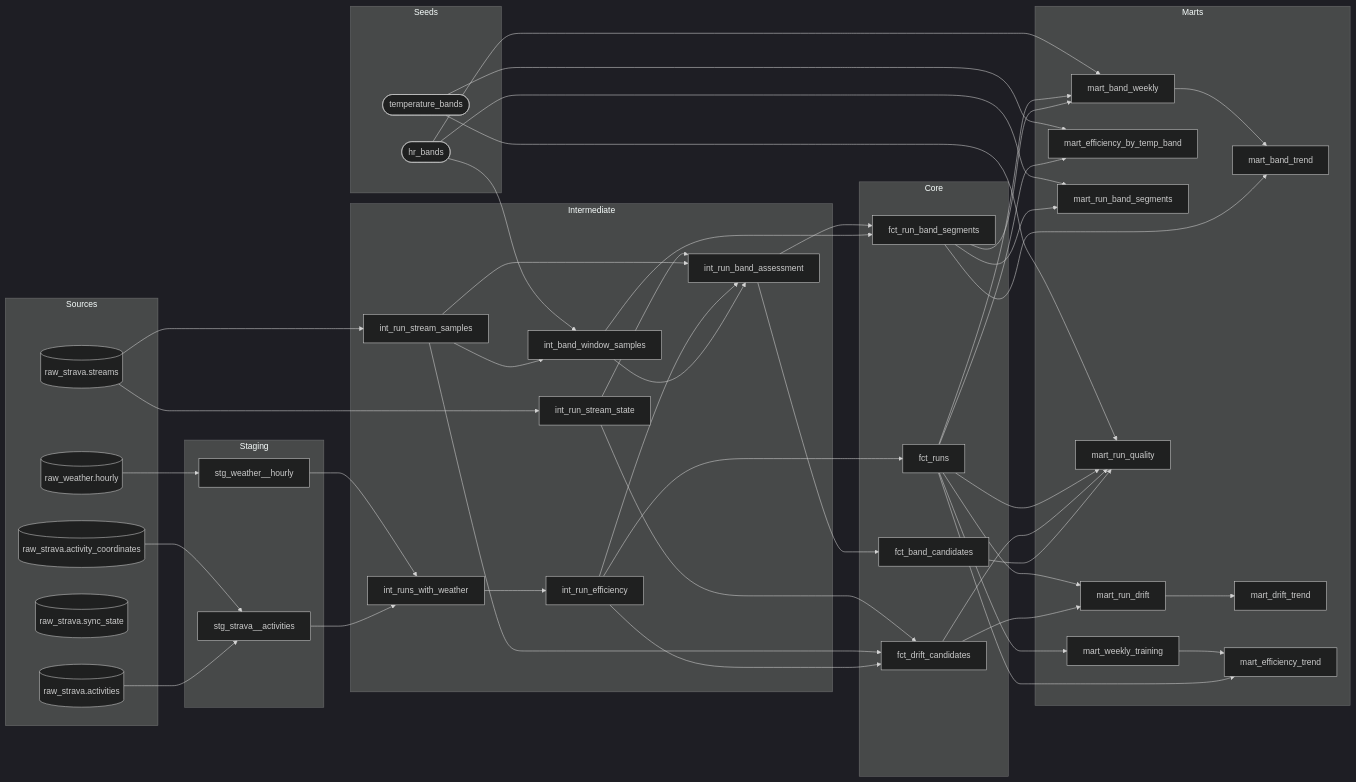
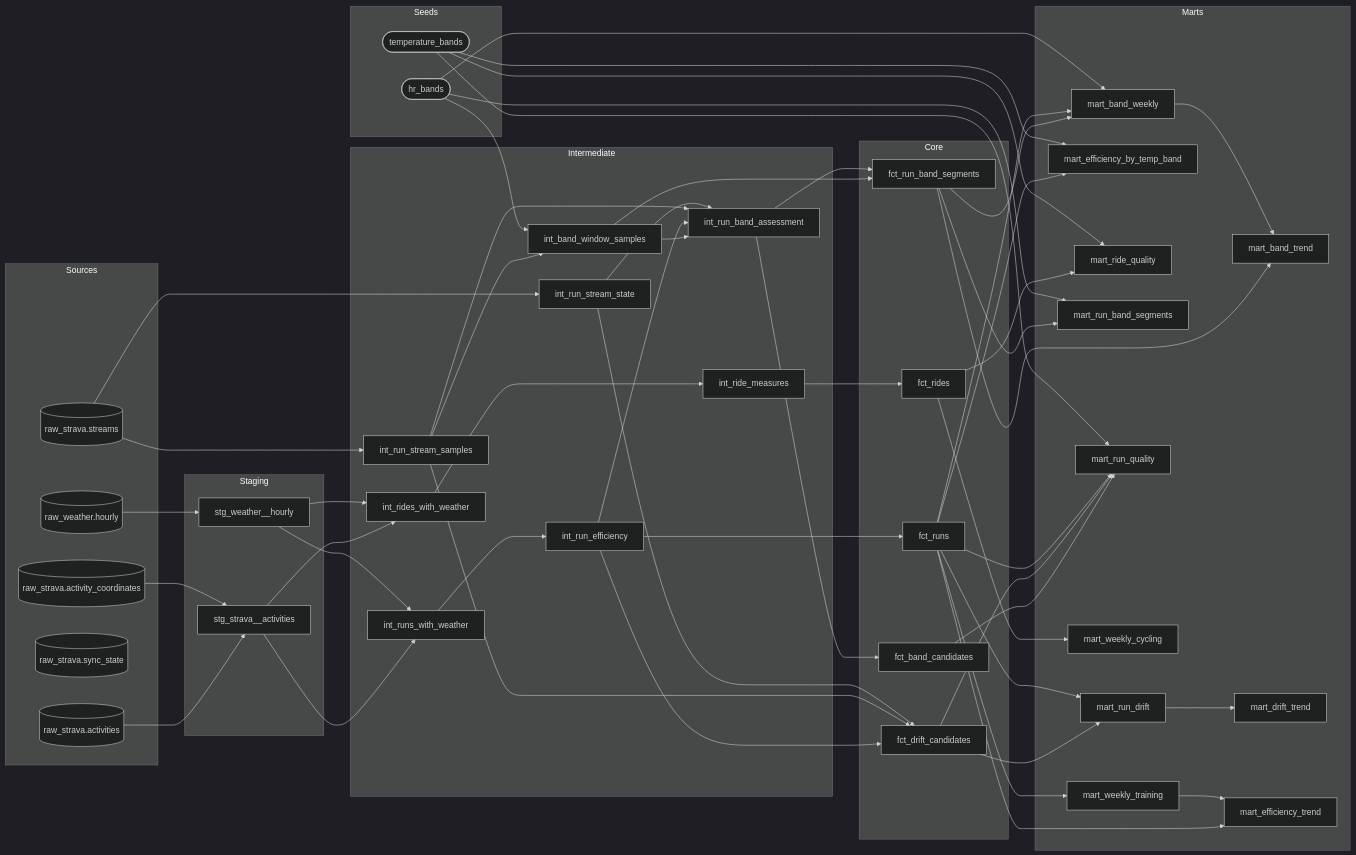
One commit to mowen18/running-analytics-pipeline changed the diagram in README.md. Above: the diagram before and after it, drawn with Mermaid (dark theme). The commit also changed other lines of this file and 3 other files, not shown here.

```diff
--- a/README.md
+++ b/README.md
@@ -229,6 +229,8 @@
 
     subgraph intermediate["Intermediate"]
         model_running_analytics_int_band_window_samples["int_band_window_samples"]
+        model_running_analytics_int_ride_measures["int_ride_measures"]
+        model_running_analytics_int_rides_with_weather["int_rides_with_weather"]
         model_running_analytics_int_run_band_assessment["int_run_band_assessment"]
         model_running_analytics_int_run_efficiency["int_run_efficiency"]
         model_running_analytics_int_run_stream_samples["int_run_stream_samples"]
@@ -239,6 +241,7 @@
     subgraph core["Core"]
         model_running_analytics_fct_band_candidates["fct_band_candidates"]
         model_running_analytics_fct_drift_candidates["fct_drift_candidates"]
+        model_running_analytics_fct_rides["fct_rides"]
         model_running_analytics_fct_run_band_segments["fct_run_band_segments"]
         model_running_analytics_fct_runs["fct_runs"]
     end
@@ -249,15 +252,19 @@
         model_running_analytics_mart_drift_trend["mart_drift_trend"]
         model_running_analytics_mart_efficiency_by_temp_band["mart_efficiency_by_temp_band"]
         model_running_analytics_mart_efficiency_trend["mart_efficiency_trend"]
+        model_running_analytics_mart_ride_quality["mart_ride_quality"]
         model_running_analytics_mart_run_band_segments["mart_run_band_segments"]
         model_running_analytics_mart_run_drift["mart_run_drift"]
         model_running_analytics_mart_run_quality["mart_run_quality"]
+        model_running_analytics_mart_weekly_cycling["mart_weekly_cycling"]
         model_running_analytics_mart_weekly_training["mart_weekly_training"]
     end
 
     model_running_analytics_fct_band_candidates --> model_running_analytics_mart_run_quality
     model_running_analytics_fct_drift_candidates --> model_running_analytics_mart_run_drift
     model_running_analytics_fct_drift_candidates --> model_running_analytics_mart_run_quality
+    model_running_analytics_fct_rides --> model_running_analytics_mart_ride_quality
+    model_running_analytics_fct_rides --> model_running_analytics_mart_weekly_cycling
     model_running_analytics_fct_run_band_segments --> model_running_analytics_mart_band_trend
     model_running_analytics_fct_run_band_segments --> model_running_analytics_mart_band_weekly
     model_running_analytics_fct_run_band_segments --> model_running_analytics_mart_run_band_segments
@@ -269,6 +276,8 @@
     model_running_analytics_fct_runs --> model_running_analytics_mart_weekly_training
     model_running_analytics_int_band_window_samples --> model_running_analytics_fct_run_band_segments
     model_running_analytics_int_band_window_samples --> model_running_analytics_int_run_band_assessment
+    model_running_analytics_int_ride_measures --> model_running_analytics_fct_rides
+    model_running_analytics_int_rides_with_weather --> model_running_analytics_int_ride_measures
     model_running_analytics_int_run_band_assessment --> model_running_analytics_fct_band_candidates
     model_running_analytics_int_run_band_assessment --> model_running_analytics_fct_run_band_segments
     model_running_analytics_int_run_efficiency --> model_running_analytics_fct_drift_candidates
@@ -283,12 +292,15 @@
     model_running_analytics_mart_band_weekly --> model_running_analytics_mart_band_trend
     model_running_analytics_mart_run_drift --> model_running_analytics_mart_drift_trend
     model_running_analytics_mart_weekly_training --> model_running_analytics_mart_efficiency_trend
+    model_running_analytics_stg_strava__activities --> model_running_analytics_int_rides_with_weather
     model_running_analytics_stg_strava__activities --> model_running_analytics_int_runs_with_weather
+    model_running_analytics_stg_weather__hourly --> model_running_analytics_int_rides_with_weather
     model_running_analytics_stg_weather__hourly --> model_running_analytics_int_runs_with_weather
     seed_running_analytics_hr_bands --> model_running_analytics_int_band_window_samples
     seed_running_analytics_hr_bands --> model_running_analytics_mart_band_weekly
     seed_running_analytics_hr_bands --> model_running_analytics_mart_run_band_segments
     seed_running_analytics_temperature_bands --> model_running_analytics_mart_efficiency_by_temp_band
+    seed_running_analytics_temperature_bands --> model_running_analytics_mart_ride_quality
     seed_running_analytics_temperature_bands --> model_running_analytics_mart_run_quality
     source_running_analytics_raw_strava_activities --> model_running_analytics_stg_strava__activities
     source_running_analytics_raw_strava_activity_coordinates --> model_running_analytics_stg_strava__activities
```
